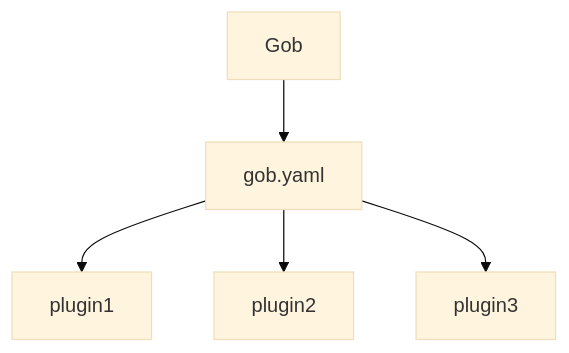
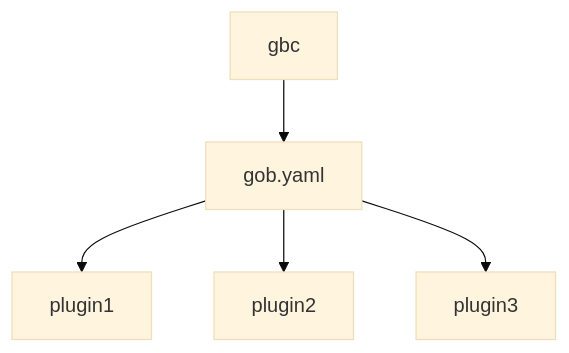
One commit to kcmvp/gob changed the diagram in README.md. Above: the diagram before and after it, drawn with Mermaid (base theme). The commit also changed other lines of this file and 31 other files, not shown here.

````diff
--- a/README.md
+++ b/README.md
@@ -46,7 +55,7 @@
 ```mermaid
 flowchart TD
-        Gob --> gob.yaml 
+        gbc --> gob.yaml 
         gob.yaml --> plugin1
         gob.yaml --> plugin2
         gob.yaml --> plugin3
 ```
````
